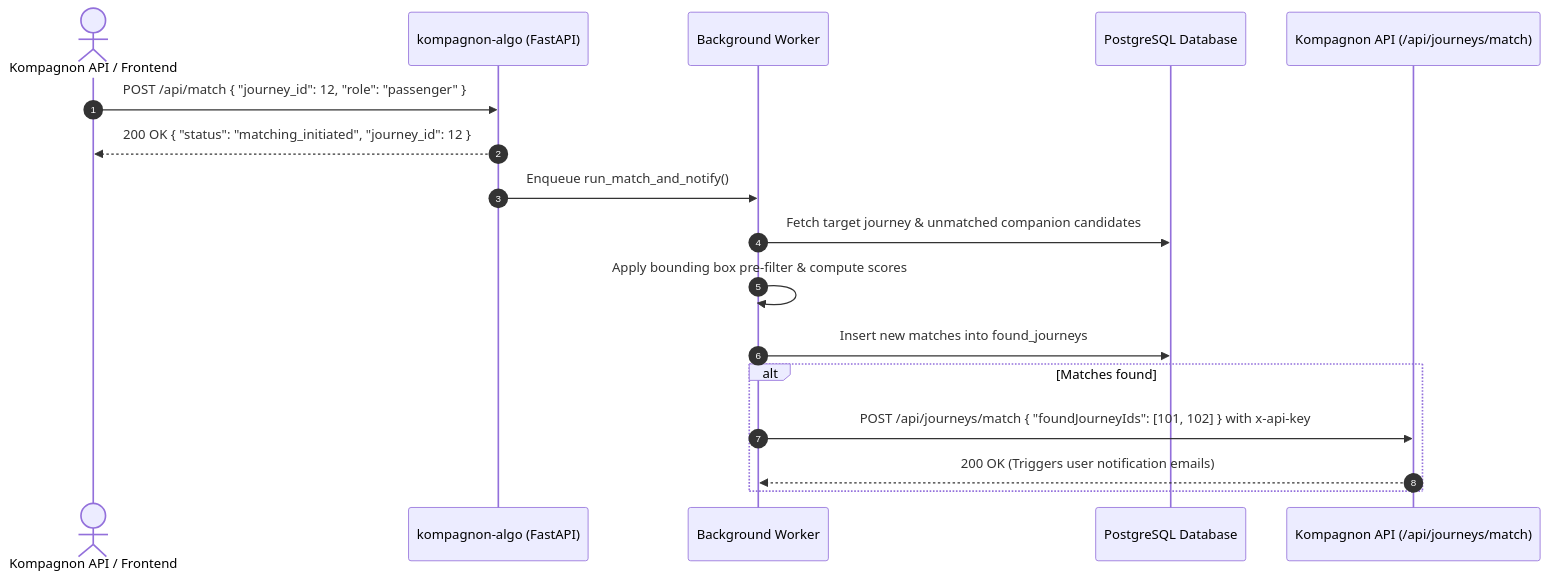
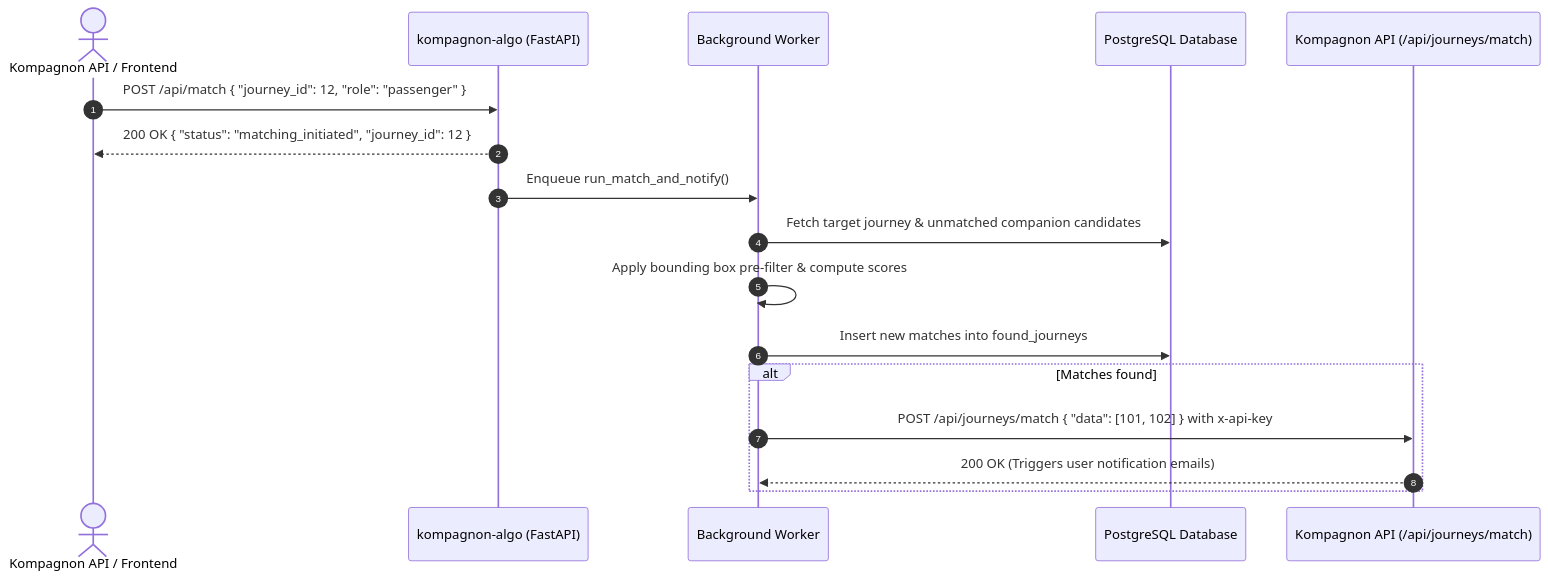
Before and after one commit to edp5/kompagnon-algo: the diagram in README.md, drawn with Mermaid.

Commit message:
Potential fix for pull request finding

````diff
--- a/README.md
+++ b/README.md
@@ -91,22 +91,22 @@
 ```mermaid
 sequenceDiagram
     autonumber
     actor Client as Kompagnon API / Frontend
     participant AlgoAPI as kompagnon-algo (FastAPI)
     participant Worker as Background Worker
     participant DB as PostgreSQL Database
     participant MainAPI as Kompagnon API (/api/journeys/match)
 
     Client->>AlgoAPI: POST /api/match { "journey_id": 12, "role": "passenger" }
     AlgoAPI-->>Client: 200 OK { "status": "matching_initiated", "journey_id": 12 }
     AlgoAPI->>Worker: Enqueue run_match_and_notify()
     
     Worker->>DB: Fetch target journey & unmatched companion candidates
     Worker->>Worker: Apply bounding box pre-filter & compute scores
     Worker->>DB: Insert new matches into found_journeys
     
     alt Matches found
-        Worker->>MainAPI: POST /api/journeys/match { "foundJourneyIds": [101, 102] } with x-api-key
+        Worker->>MainAPI: POST /api/journeys/match { "data": [101, 102] } with x-api-key
         MainAPI-->>Worker: 200 OK (Triggers user notification emails)
     end
 ```
````
